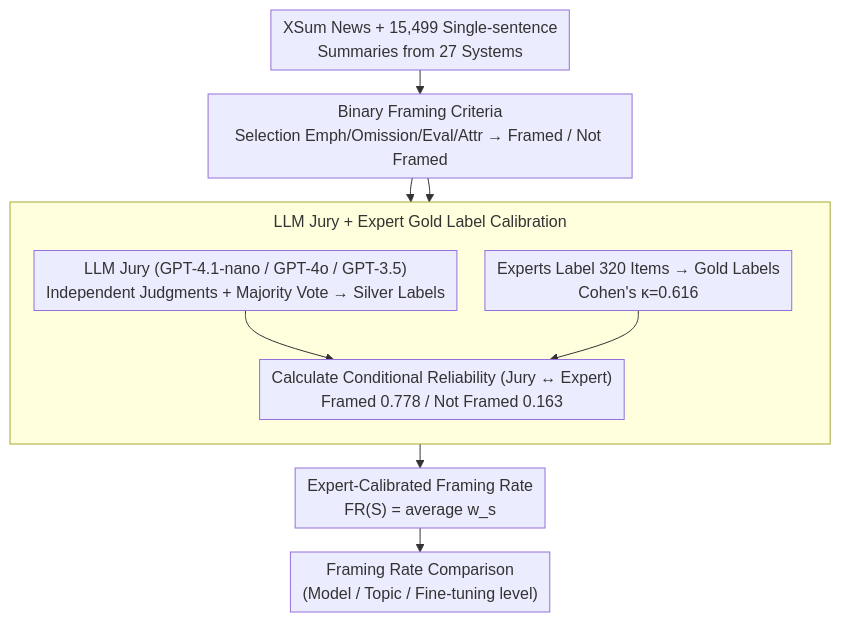
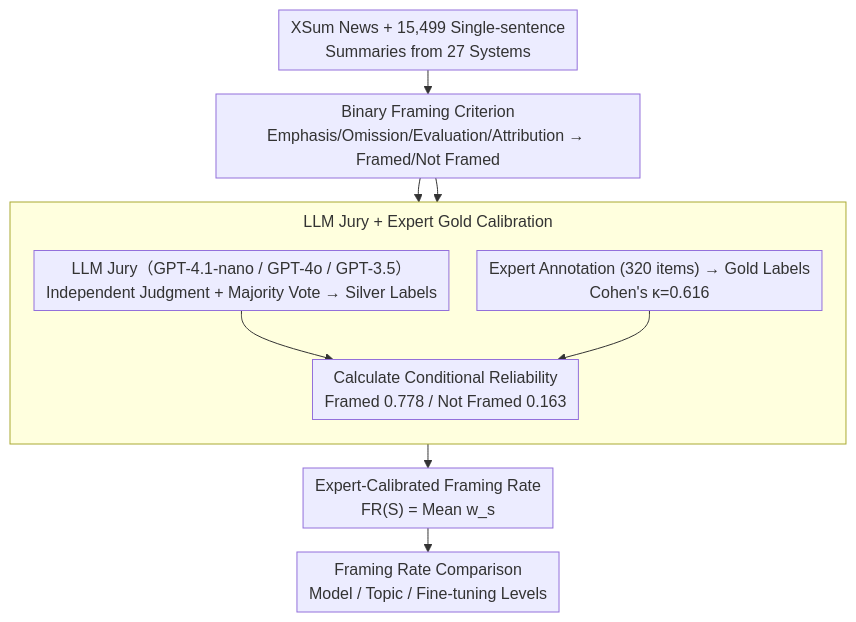
One commit to zhaoyang97/Paper-Notes-en changed the diagram in docs/ACL2026/aigc_detection/frame_in_frame_out_measuring_framing_bias_in_llm-generated_news_summaries.md. Above: the diagram before and after it, drawn with Mermaid. The commit also changed other lines of this file and 5084 other files, not shown here.

````diff
--- a/docs/ACL2026/aigc_detection/frame_in_frame_out_measuring_framing_bias_in_llm-generated_news_summaries.md
+++ b/docs/ACL2026/aigc_detection/frame_in_frame_out_measuring_framing_bias_in_llm-generated_news_summaries.md
@@ -45,16 +45,16 @@
 ```mermaid
 %%{init: {'flowchart': {'rankSpacing': 24, 'nodeSpacing': 28, 'padding': 6, 'wrappingWidth': 400, 'subGraphTitleMargin': {'top': 8, 'bottom': 16}}}}%%
 flowchart TD
-    A["XSum News + 15,499 Single-sentence<br/>Summaries from 27 Systems"] --> B["Binary Framing Criteria<br/>Selection Emph/Omission/Eval/Attr → Framed / Not Framed"]
-    subgraph CAL["LLM Jury + Expert Gold Label Calibration"]
+    A["XSum News + 15,499 Single-sentence<br/>Summaries from 27 Systems"] --> B["Binary Framing Criterion<br/>Emphasis/Omission/Evaluation/Attribution → Framed/Not Framed"]
+    subgraph CAL["LLM Jury + Expert Gold Calibration"]
         direction TB
-        C["LLM Jury (GPT-4.1-nano / GPT-4o / GPT-3.5)<br/>Independent Judgments + Majority Vote → Silver Labels"]
-        D["Experts Label 320 Items → Gold Labels<br/>Cohen's κ=0.616"]
-        C --> E["Calculate Conditional Reliability (Jury ↔ Expert)<br/>Framed 0.778 / Not Framed 0.163"]
+        C["LLM Jury（GPT-4.1-nano / GPT-4o / GPT-3.5）<br/>Independent Judgment + Majority Vote → Silver Labels"]
+        D["Expert Annotation (320 items) → Gold Labels<br/>Cohen's κ=0.616"]
+        C --> E["Calculate Conditional Reliability<br/>Framed 0.778 / Not Framed 0.163"]
         D --> E
     end
     B --> C
     B --> D
-    E --> F["Expert-Calibrated Framing Rate<br/>FR(S) = average w_s"]
-    F --> G["Framing Rate Comparison<br/>(Model / Topic / Fine-tuning level)"]
+    E --> F["Expert-Calibrated Framing Rate<br/>FR(S) = Mean w_s"]
+    F --> G["Framing Rate Comparison<br/>Model / Topic / Fine-tuning Levels"]
 ```
````
